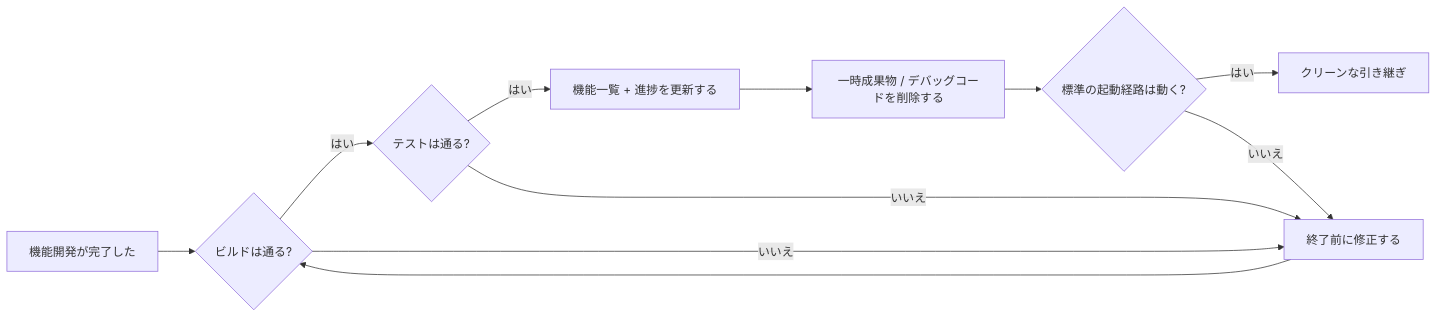
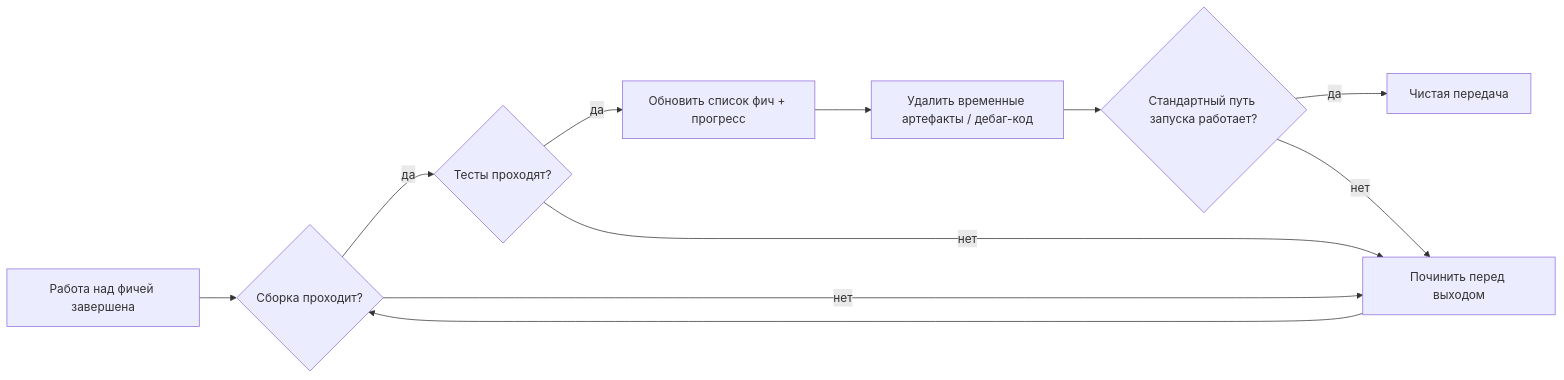
One commit to mkusaka/learn-harness-engineering changed the first of 2 diagrams in docs/ru/lectures/lecture-12-why-every-session-must-leave-a-clean-state/index.md. Above: the diagram before and after it, drawn with Mermaid. The commit also changed other lines of this file and 684 other files, not shown here.

````diff
--- a/docs/ru/lectures/lecture-12-why-every-session-must-leave-a-clean-state/index.md
+++ b/docs/ru/lectures/lecture-12-why-every-session-must-leave-a-clean-state/index.md
@@ -25,13 +25,13 @@
 ```mermaid
 flowchart LR
-    Work["機能開発が完了した"] --> Build{"ビルドは通る?"}
-    Build -->|はい| Test{"テストは通る?"}
-    Build -->|いいえ| Fix["終了前に修正する"]
-    Test -->|はい| Record["機能一覧 + 進捗を更新する"]
-    Test -->|いいえ| Fix
-    Record --> Cleanup["一時成果物 / デバッグコードを削除する"]
-    Cleanup --> Startup{"標準の起動経路は動く?"}
-    Startup -->|はい| Clean["クリーンな引き継ぎ"]
-    Startup -->|いいえ| Fix
+    Work["Работа над фичей завершена"] --> Build{"Сборка проходит?"}
+    Build -->|да| Test{"Тесты проходят?"}
+    Build -->|нет| Fix["Починить перед выходом"]
+    Test -->|да| Record["Обновить список фич + прогресс"]
+    Test -->|нет| Fix
+    Record --> Cleanup["Удалить временные артефакты / дебаг-код"]
+    Cleanup --> Startup{"Стандартный путь запуска работает?"}
+    Startup -->|да| Clean["Чистая передача"]
+    Startup -->|нет| Fix
     Fix --> Build
 ```
````
